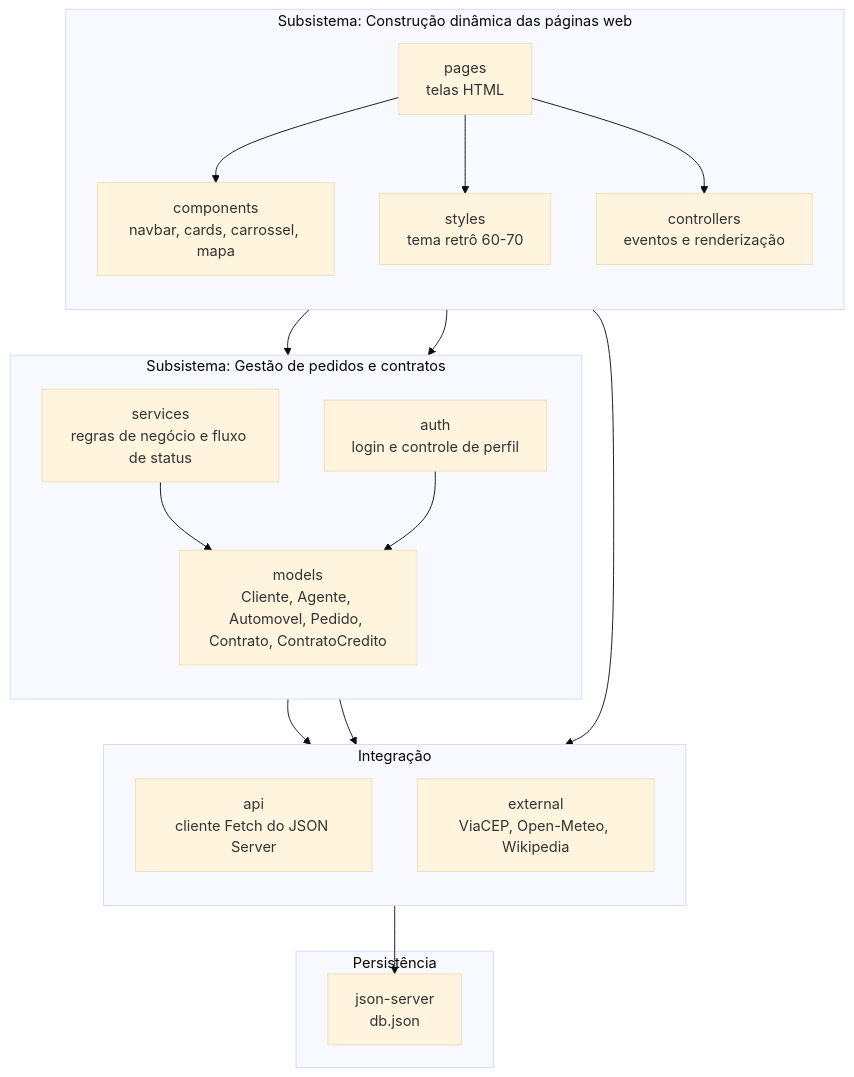
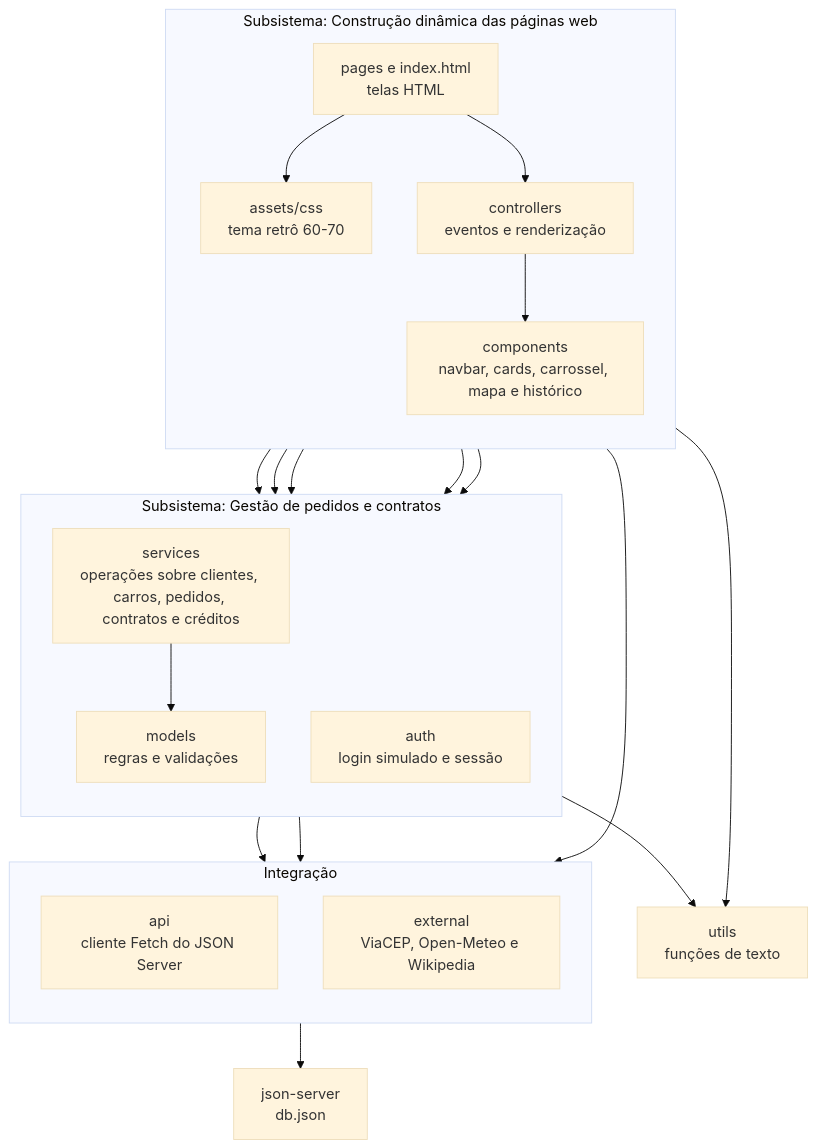
The diagram in docs/diagrama-de-pacotes.md (gabrielcarvalhosoa/WeekndCar), drawn with Mermaid (base theme) before and after one commit. The commit also changed other lines of this file and 8 other files, not shown here.

````diff
--- a/docs/diagrama-de-pacotes.md
+++ b/docs/diagrama-de-pacotes.md
@@ -7,39 +7,42 @@
 ```mermaid
 flowchart TB
     subgraph WEB["Subsistema: Construção dinâmica das páginas web"]
         direction TB
-        P1["pages<br/>telas HTML"]
-        P2["components<br/>navbar, cards, carrossel, mapa"]
-        P3["styles<br/>tema retrô 60-70"]
+        P1["pages e index.html<br/>telas HTML"]
+        P3["assets/css<br/>tema retrô 60-70"]
         P4["controllers<br/>eventos e renderização"]
+        P2["components<br/>navbar, cards, carrossel, mapa e histórico"]
     end
 
     subgraph NEG["Subsistema: Gestão de pedidos e contratos"]
         direction TB
-        N1["models<br/>Cliente, Agente, Automovel, Pedido, Contrato, ContratoCredito"]
-        N2["services<br/>regras de negócio e fluxo de status"]
-        N3["auth<br/>login e controle de perfil"]
+        N1["models<br/>regras e validações"]
+        N2["services<br/>operações sobre clientes, carros, pedidos, contratos e créditos"]
+        N3["auth<br/>login simulado e sessão"]
     end
 
     subgraph INT["Integração"]
         direction TB
         I1["api<br/>cliente Fetch do JSON Server"]
-        I2["external<br/>ViaCEP, Open-Meteo, Wikipedia"]
+        I2["external<br/>ViaCEP, Open-Meteo e Wikipedia"]
     end
 
-    subgraph PER["Persistência"]
-        D1["json-server<br/>db.json"]
-    end
+    U["utils<br/>funções de texto"]
+    D1["json-server<br/>db.json"]
 
-    P1 --> P2
     P1 --> P3
     P1 --> P4
+    P4 --> P2
+    P4 --> N1
     P4 --> N2
     P4 --> N3
+    P4 --> I2
+    P2 --> N1
+    P2 --> N3
+    P2 --> U
+    N1 --> U
     N2 --> N1
-    N3 --> N1
     N2 --> I1
     N3 --> I1
-    P4 --> I2
     I1 --> D1
 ```
````
